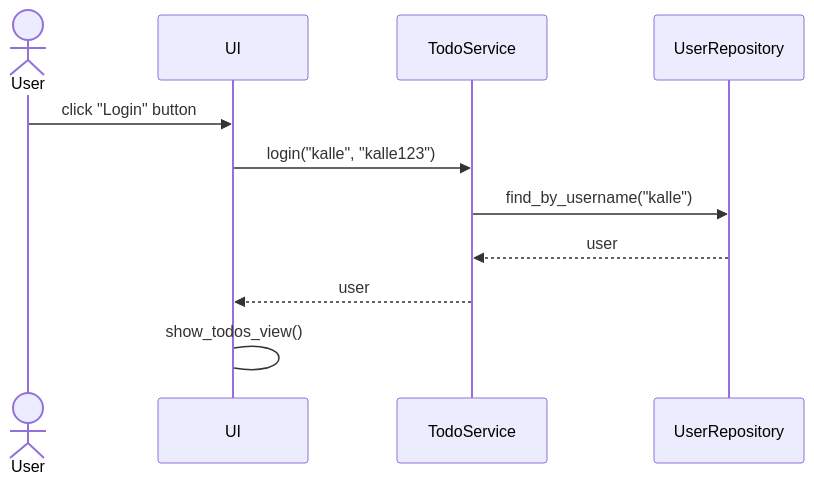
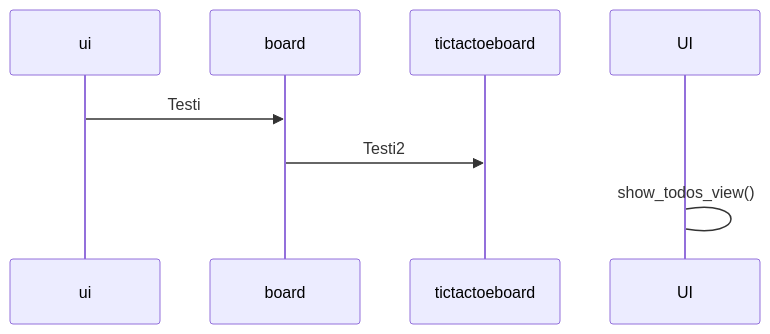
One commit to TatuSorjonen/ot-harjoitustyo changed the diagram in maarittelydokumentti/arkkitehtuuri.md. Above: the diagram before and after it, drawn with Mermaid.

````diff
--- a/maarittelydokumentti/arkkitehtuuri.md
+++ b/maarittelydokumentti/arkkitehtuuri.md
@@ -1,13 +1,9 @@
 ```mermaid
 sequenceDiagram
-  actor User
-  participant UI
-  participant TodoService
-  participant UserRepository
-  User->>UI: click "Login" button
-  UI->>TodoService: login("kalle", "kalle123")
-  TodoService->>UserRepository: find_by_username("kalle")
-  UserRepository-->>TodoService: user
-  TodoService-->>UI: user
+  participant ui
+  participant board
+  participant tictactoeboard
+  ui->> board: Testi
+  board->>tictactoeboard: Testi2
   UI->UI: show_todos_view()
 ```
````
